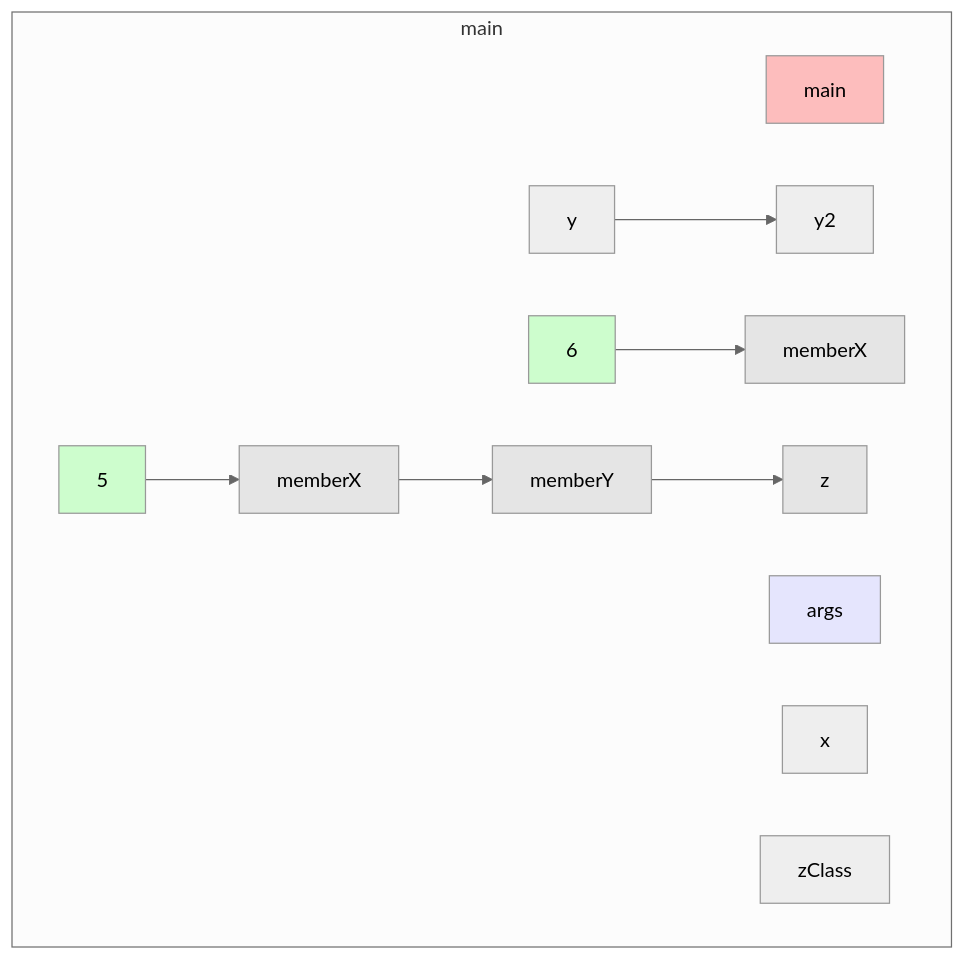
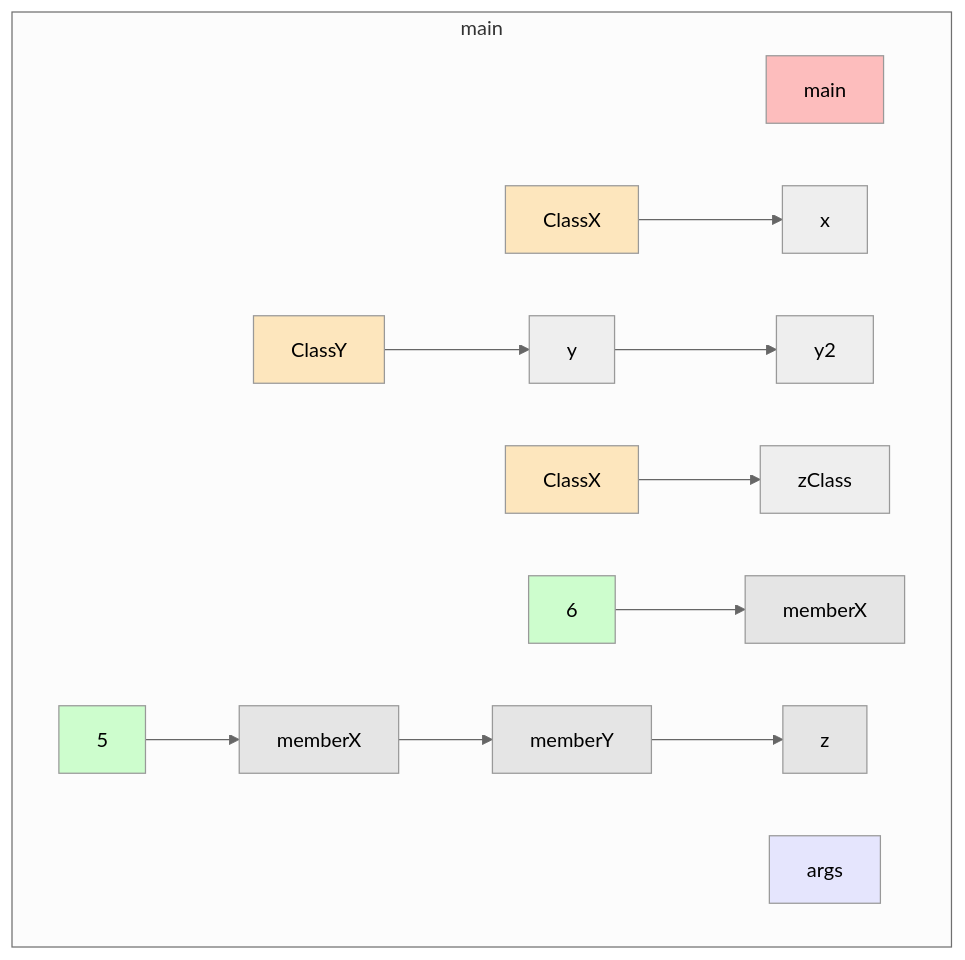
The diagram in app/src/test/resources/files/truth.md (gstiebler/codeflow), drawn with Mermaid (neutral theme) before and after one commit. The commit also changed 57 other files, not shown here.

````diff
--- a/app/src/test/resources/files/truth.md
+++ b/app/src/test/resources/files/truth.md
@@ -1,28 +1,34 @@
 ```mermaid
 flowchart TD
   subgraph b0["main"]
     n1[main]:::RETURN
     n2[args]:::FUNC_PARAM
     n3[x]:::OBJ_VARIABLE
-    n4[y]:::OBJ_VARIABLE
-    n5[zClass]:::OBJ_VARIABLE
-    n6[memberX]:::VARIABLE
-    n7[6]:::LITERAL
-    n8[memberX]:::VARIABLE
-    n9[5]:::LITERAL
-    n10[memberY]:::VARIABLE
-    n11[y2]:::OBJ_VARIABLE
-    n12[z]:::VARIABLE
-    n4[y]:::OBJ_VARIABLE --> n11[y2]:::OBJ_VARIABLE
-    n7[6]:::LITERAL --> n6[memberX]:::VARIABLE
-    n8[memberX]:::VARIABLE --> n10[memberY]:::VARIABLE
-    n9[5]:::LITERAL --> n8[memberX]:::VARIABLE
-    n10[memberY]:::VARIABLE --> n12[z]:::VARIABLE
+    n4[ClassX]:::EXTERNAL
+    n5[y]:::OBJ_VARIABLE
+    n6[ClassY]:::EXTERNAL
+    n7[zClass]:::OBJ_VARIABLE
+    n8[ClassX]:::EXTERNAL
+    n9[memberX]:::VARIABLE
+    n10[6]:::LITERAL
+    n11[memberX]:::VARIABLE
+    n12[5]:::LITERAL
+    n13[memberY]:::VARIABLE
+    n14[y2]:::OBJ_VARIABLE
+    n15[z]:::VARIABLE
+    n4[ClassX]:::EXTERNAL --> n3[x]:::OBJ_VARIABLE
+    n5[y]:::OBJ_VARIABLE --> n14[y2]:::OBJ_VARIABLE
+    n6[ClassY]:::EXTERNAL --> n5[y]:::OBJ_VARIABLE
+    n8[ClassX]:::EXTERNAL --> n7[zClass]:::OBJ_VARIABLE
+    n10[6]:::LITERAL --> n9[memberX]:::VARIABLE
+    n11[memberX]:::VARIABLE --> n13[memberY]:::VARIABLE
+    n12[5]:::LITERAL --> n11[memberX]:::VARIABLE
+    n13[memberY]:::VARIABLE --> n15[z]:::VARIABLE
   end
   classDef LITERAL fill:#00FF0030
   classDef VARIABLE fill:#80808030
   classDef BIN_OP fill:#80808080
   classDef FUNC_PARAM fill:#8080FF30
   classDef RETURN fill:#FF808080
   classDef EXTERNAL fill:#FFA50040
 ```
````
